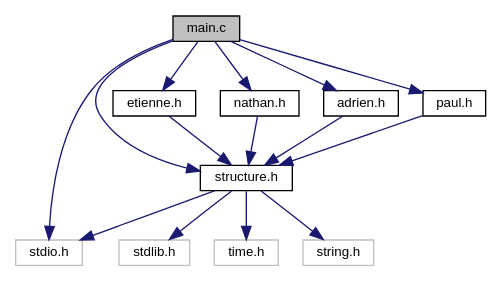
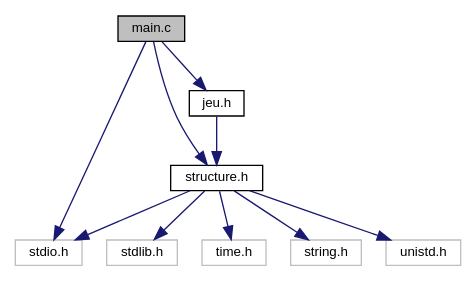
The diagram in main_8c__incl.dot (nehkowp/html), drawn with Graphviz before and after one commit. The commit also changed 277 other files, not shown here.

```diff
--- a/main_8c__incl.dot
+++ b/main_8c__incl.dot
@@ -1,31 +1,24 @@
 digraph "main.c"
 {
  // INTERACTIVE_SVG=YES
  // LATEX_PDF_SIZE
   edge [fontname="Helvetica",fontsize="10",labelfontname="Helvetica",labelfontsize="10"];
   node [fontname="Helvetica",fontsize="10",shape=record];
   Node1 [label="main.c",height=0.2,width=0.4,color="black", fillcolor="grey75", style="filled", fontcolor="black",tooltip=" "];
   Node1 -> Node2 [color="midnightblue",fontsize="10",style="solid",fontname="Helvetica"];
   Node2 [label="stdio.h",height=0.2,width=0.4,color="grey75", fillcolor="white", style="filled",tooltip=" "];
   Node1 -> Node3 [color="midnightblue",fontsize="10",style="solid",fontname="Helvetica"];
   Node3 [label="structure.h",height=0.2,width=0.4,color="black", fillcolor="white", style="filled",URL="$structure_8h.html",tooltip=" "];
   Node3 -> Node2 [color="midnightblue",fontsize="10",style="solid",fontname="Helvetica"];
   Node3 -> Node4 [color="midnightblue",fontsize="10",style="solid",fontname="Helvetica"];
   Node4 [label="stdlib.h",height=0.2,width=0.4,color="grey75", fillcolor="white", style="filled",tooltip=" "];
   Node3 -> Node5 [color="midnightblue",fontsize="10",style="solid",fontname="Helvetica"];
   Node5 [label="time.h",height=0.2,width=0.4,color="grey75", fillcolor="white", style="filled",tooltip=" "];
   Node3 -> Node6 [color="midnightblue",fontsize="10",style="solid",fontname="Helvetica"];
   Node6 [label="string.h",height=0.2,width=0.4,color="grey75", fillcolor="white", style="filled",tooltip=" "];
-  Node1 -> Node7 [color="midnightblue",fontsize="10",style="solid",fontname="Helvetica"];
-  Node7 [label="etienne.h",height=0.2,width=0.4,color="black", fillcolor="white", style="filled",URL="$etienne_8h.html",tooltip=" "];
-  Node7 -> Node3 [color="midnightblue",fontsize="10",style="solid",fontname="Helvetica"];
+  Node3 -> Node7 [color="midnightblue",fontsize="10",style="solid",fontname="Helvetica"];
+  Node7 [label="unistd.h",height=0.2,width=0.4,color="grey75", fillcolor="white", style="filled",tooltip=" "];
   Node1 -> Node8 [color="midnightblue",fontsize="10",style="solid",fontname="Helvetica"];
-  Node8 [label="nathan.h",height=0.2,width=0.4,color="black", fillcolor="white", style="filled",URL="$nathan_8h.html",tooltip=" "];
+  Node8 [label="jeu.h",height=0.2,width=0.4,color="black", fillcolor="white", style="filled",URL="$jeu_8h.html",tooltip=" "];
   Node8 -> Node3 [color="midnightblue",fontsize="10",style="solid",fontname="Helvetica"];
-  Node1 -> Node9 [color="midnightblue",fontsize="10",style="solid",fontname="Helvetica"];
-  Node9 [label="adrien.h",height=0.2,width=0.4,color="black", fillcolor="white", style="filled",URL="$adrien_8h.html",tooltip=" "];
-  Node9 -> Node3 [color="midnightblue",fontsize="10",style="solid",fontname="Helvetica"];
-  Node1 -> Node10 [color="midnightblue",fontsize="10",style="solid",fontname="Helvetica"];
-  Node10 [label="paul.h",height=0.2,width=0.4,color="black", fillcolor="white", style="filled",URL="$paul_8h.html",tooltip=" "];
-  Node10 -> Node3 [color="midnightblue",fontsize="10",style="solid",fontname="Helvetica"];
 }
```
